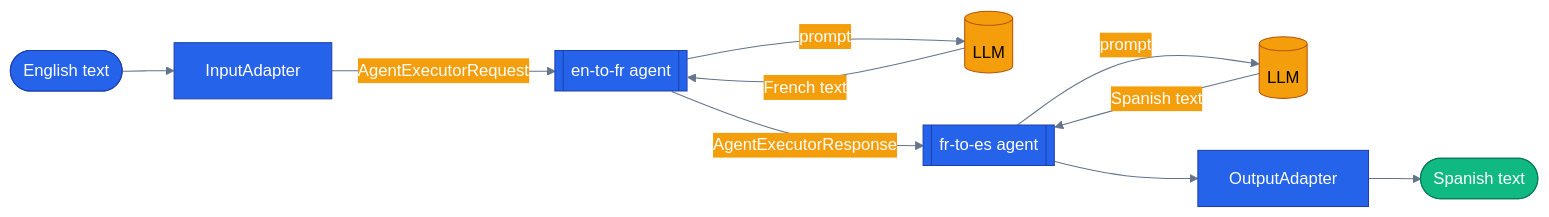
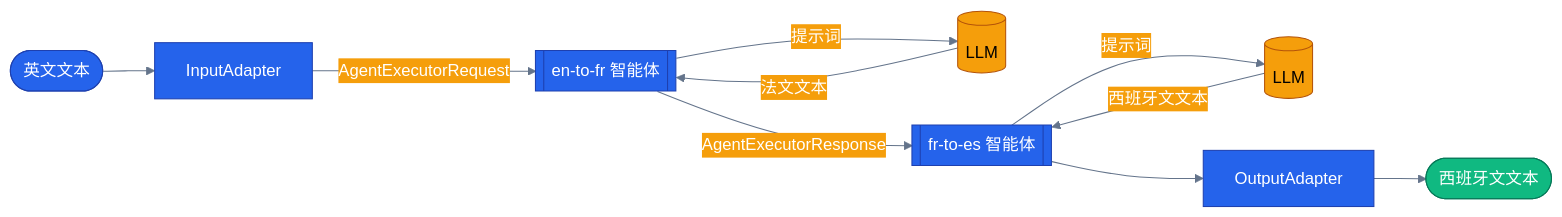
Before and after one commit to s1encisi/reliable-commerce-agents: the diagram in tutorials/11-agents-in-workflows/README.md, drawn with Mermaid. The commit also changed other lines of this file and 1033 other files, not shown here.

````diff
--- a/tutorials/11-agents-in-workflows/README.md
+++ b/tutorials/11-agents-in-workflows/README.md
@@ -25,37 +29,37 @@
 ```mermaid
 %%{init: {'theme':'base', 'themeVariables': {
   'primaryColor': '#2563eb','primaryTextColor': '#ffffff','primaryBorderColor': '#1e40af',
   'lineColor': '#64748b','secondaryColor': '#f59e0b','tertiaryColor': '#10b981',
   'background': 'transparent'}}}%%
 flowchart LR
   classDef core     fill:#2563eb,stroke:#1e40af,color:#ffffff
   classDef external fill:#f59e0b,stroke:#b45309,color:#000000
   classDef success  fill:#10b981,stroke:#047857,color:#ffffff
 
-  input([English text])
+  input([英文文本])
   inAdapter[InputAdapter]
-  fr[[en-to-fr agent]]
+  fr[[en-to-fr 智能体]]
   llm1[(LLM)]
-  es[[fr-to-es agent]]
+  es[[fr-to-es 智能体]]
   llm2[(LLM)]
   outAdapter[OutputAdapter]
-  output([Spanish text])
+  output([西班牙文文本])
 
   input --> inAdapter
   inAdapter -- "AgentExecutorRequest" --> fr
-  fr -- "prompt" --> llm1
-  llm1 -- "French text" --> fr
+  fr -- "提示词" --> llm1
+  llm1 -- "法文文本" --> fr
   fr -- "AgentExecutorResponse" --> es
-  es -- "prompt" --> llm2
-  llm2 -- "Spanish text" --> es
+  es -- "提示词" --> llm2
+  llm2 -- "西班牙文文本" --> es
   es --> outAdapter
   outAdapter --> output
 
   class inAdapter core
   class outAdapter core
   class fr core
   class es core
   class llm1 external
   class llm2 external
   class output success
 ```
````
